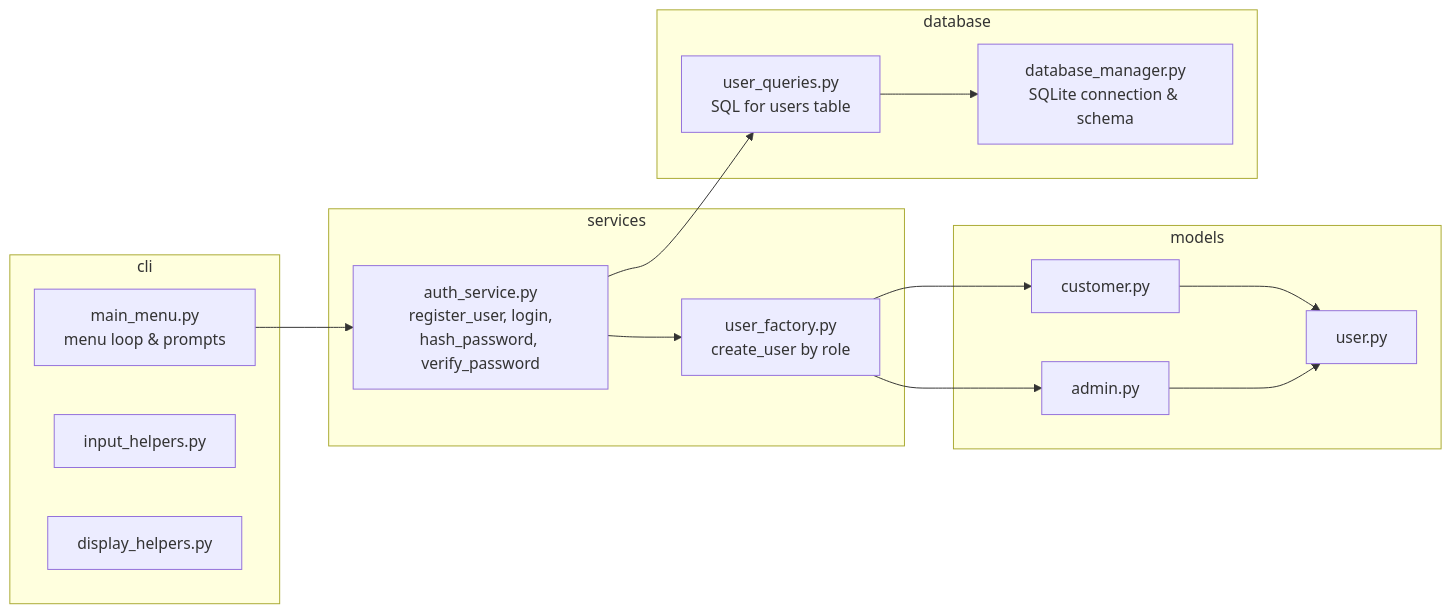
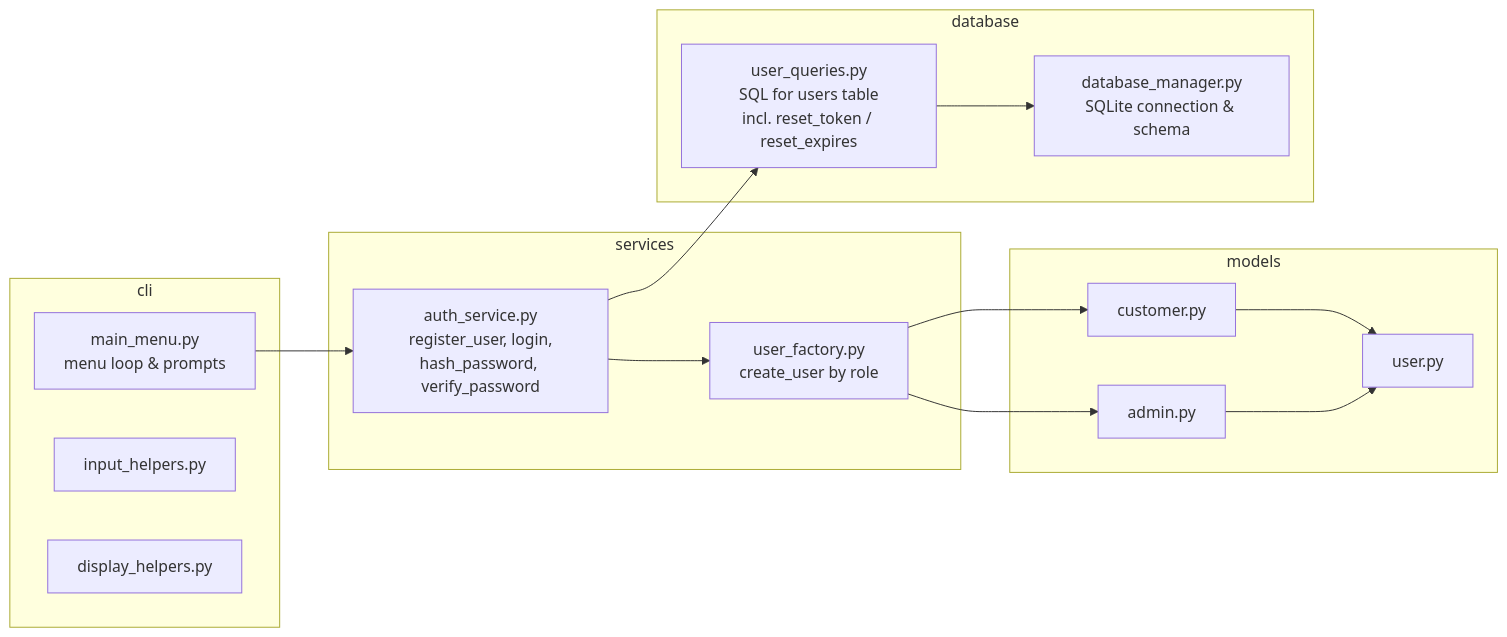
One commit to eirikrbe/MSE800-PSD changed the second of 8 diagrams in W10/Ako-puku_Login_Demo/README.md. Above: the diagram before and after it, drawn with Mermaid. The commit also changed other lines of this file and 4 other files, not shown here.

````diff
--- a/W10/Ako-puku_Login_Demo/README.md
+++ b/W10/Ako-puku_Login_Demo/README.md
@@ -49,33 +49,33 @@
 ```mermaid
 graph LR
     subgraph M1["cli"]
         main_menu[main_menu.py<br/>menu loop & prompts]
         input_helpers[input_helpers.py]
         display_helpers[display_helpers.py]
     end
 
     subgraph M2["services"]
         auth_service[auth_service.py<br/>register_user, login,<br/>hash_password, verify_password]
         user_factory[user_factory.py<br/>create_user by role]
     end
 
     subgraph M3["models"]
         user[user.py]
         customer[customer.py]
         admin[admin.py]
     end
 
     subgraph M4["database"]
         database_manager[database_manager.py<br/>SQLite connection & schema]
-        user_queries[user_queries.py<br/>SQL for users table]
+        user_queries[user_queries.py<br/>SQL for users table<br/>incl. reset_token / reset_expires]
     end
 
     main_menu --> auth_service
     auth_service --> user_factory
     user_factory --> customer
     user_factory --> admin
     customer --> user
     admin --> user
     auth_service --> user_queries
     user_queries --> database_manager
 ```
````
